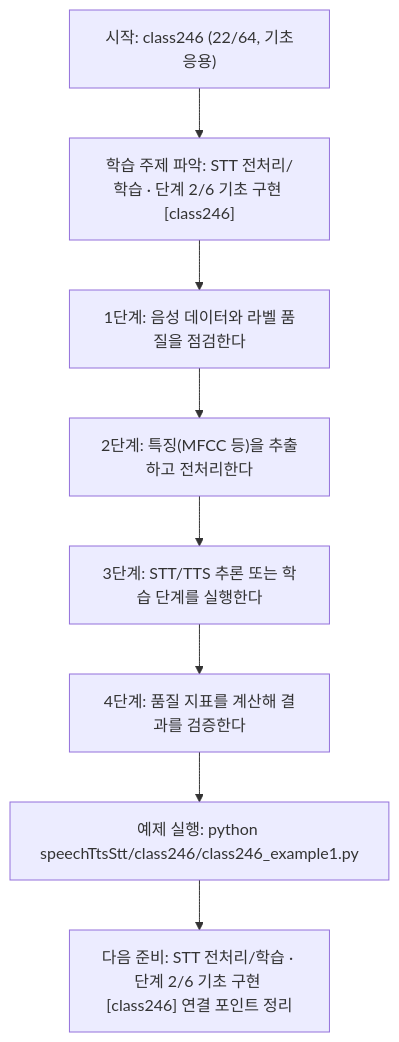
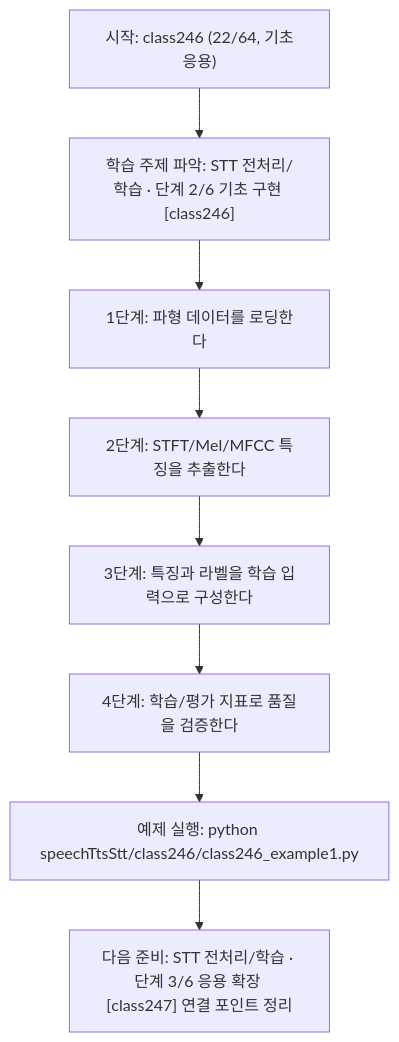
Before and after one commit to edumgt/Python-AI_Agent-Class: the diagram in speechTtsStt/class246/class246.md, drawn with Mermaid. The commit also changed other lines of this file and 1122 other files, not shown here.

````diff
--- a/speechTtsStt/class246/class246.md
+++ b/speechTtsStt/class246/class246.md
@@ -114,18 +95,18 @@
 ```mermaid
 flowchart TD
 N1["시작: class246 (22/64, 기초응용)"]
 N2["학습 주제 파악: STT 전처리/학습 · 단계 2/6 기초 구현 [class246]"]
-N3["1단계: 음성 데이터와 라벨 품질을 점검한다"]
-N4["2단계: 특징(MFCC 등)을 추출하고 전처리한다"]
-N5["3단계: STT/TTS 추론 또는 학습 단계를 실행한다"]
-N6["4단계: 품질 지표를 계산해 결과를 검증한다"]
+N3["1단계: 파형 데이터를 로딩한다"]
+N4["2단계: STFT/Mel/MFCC 특징을 추출한다"]
+N5["3단계: 특징과 라벨을 학습 입력으로 구성한다"]
+N6["4단계: 학습/평가 지표로 품질을 검증한다"]
 N7["예제 실행: python speechTtsStt/class246/class246_example1.py"]
-N8["다음 준비: STT 전처리/학습 · 단계 2/6 기초 구현 [class246] 연결 포인트 정리"]
+N8["다음 준비: STT 전처리/학습 · 단계 3/6 응용 확장 [class247] 연결 포인트 정리"]
 N1 --> N2
 N2 --> N3
 N3 --> N4
 N4 --> N5
 N5 --> N6
 N6 --> N7
 N7 --> N8
 ```
````
